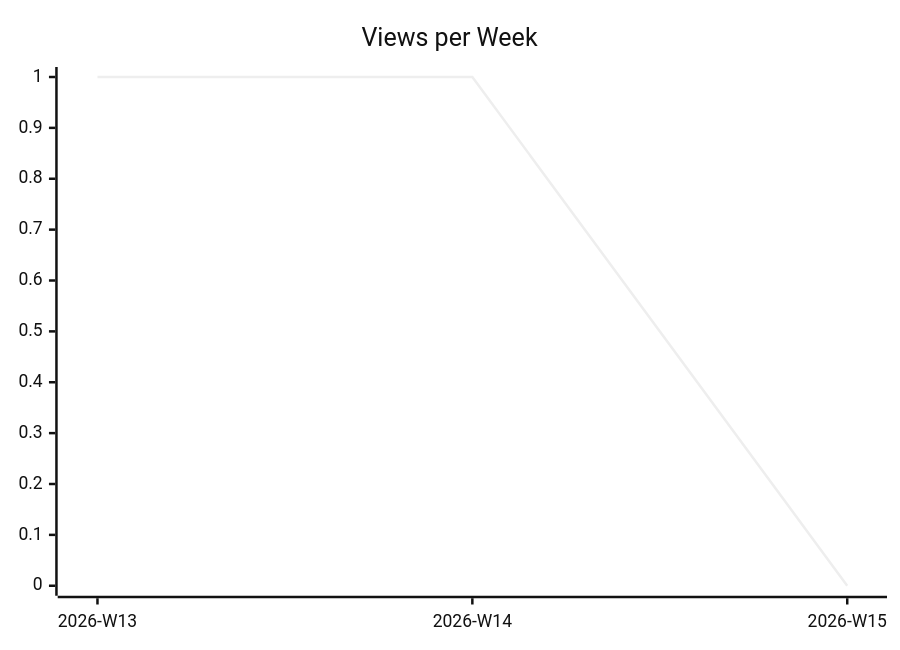
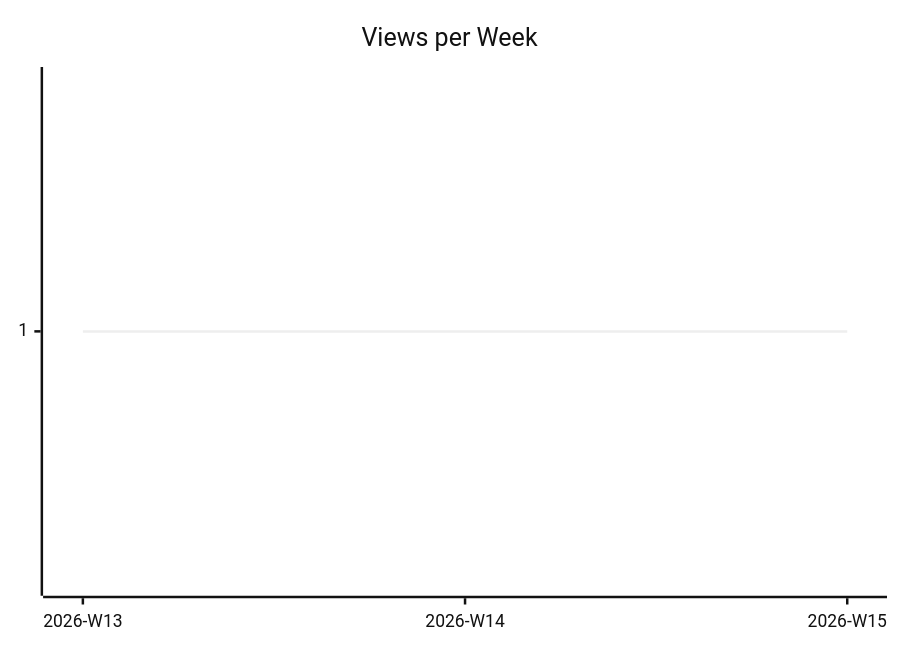
The second of 3 diagrams in karlmdavis/ansible-role-jenkins2/README.md (justdavis-family/github-analytics-data), drawn with Mermaid (neutral theme) before and after one commit. The commit also changed other lines of this file and 192 other files, not shown here.

````diff
--- a/karlmdavis/ansible-role-jenkins2/README.md
+++ b/karlmdavis/ansible-role-jenkins2/README.md
@@ -12,6 +12,6 @@
 ```mermaid
 xychart-beta
   title "Views per Week"
   x-axis ["2026-W13", "2026-W14", "2026-W15"]
-  line [1, 1, 0]
+  line [1, 1, 1]
 ```
````
